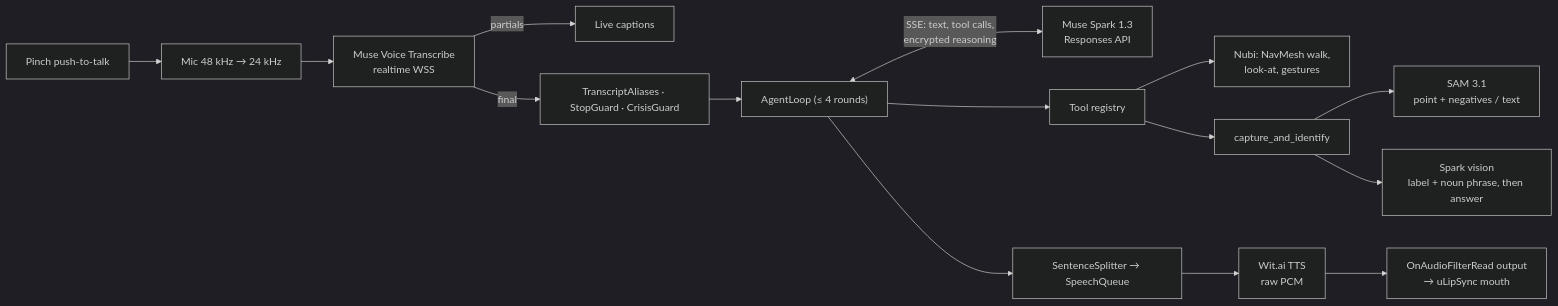
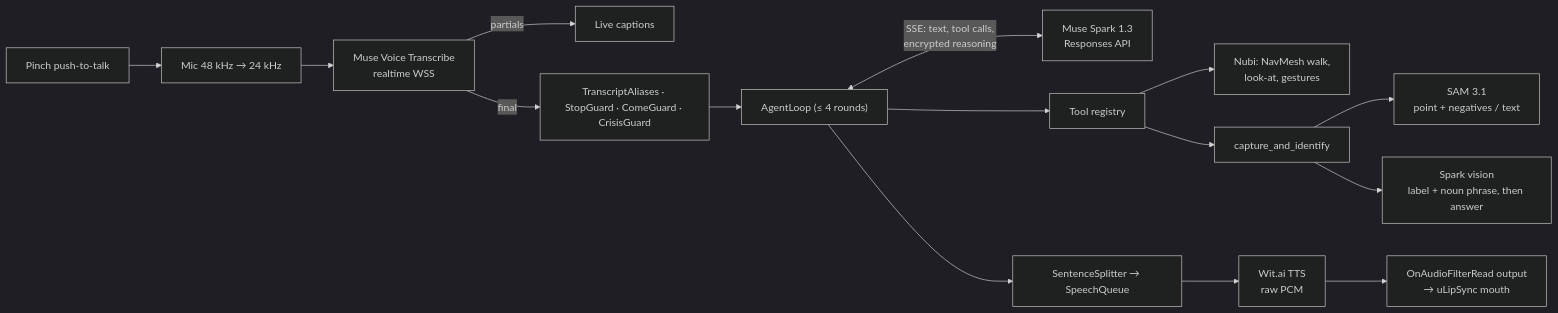
One commit to ImageekCompany/nubi-mixed-reality-ai-companion changed the first of 2 diagrams in README.md. Above: the diagram before and after it, drawn with Mermaid (dark theme). The commit also changed other lines of this file and 4 other files, not shown here.

Commit message:
docs(decisions): ADR-0036 local come-here guard and self-test reply log

````diff
--- a/README.md
+++ b/README.md
@@ -123,14 +123,14 @@
 ```mermaid
 flowchart LR
   P["Pinch push-to-talk"] --> M["Mic 48 kHz → 24 kHz"] --> A["Muse Voice Transcribe<br/>realtime WSS"]
   A -- partials --> C["Live captions"]
-  A -- final --> G["TranscriptAliases · StopGuard · CrisisGuard"]
+  A -- final --> G["TranscriptAliases · StopGuard · ComeGuard · CrisisGuard"]
   G --> L["AgentLoop (≤ 4 rounds)"]
   L <-- "SSE: text, tool calls,<br/>encrypted reasoning" --> S["Muse Spark 1.3<br/>Responses API"]
   L --> T["Tool registry"]
   T --> B["Nubi: NavMesh walk,<br/>look-at, gestures"]
   T --> V["capture_and_identify"]
   V --> SAM["SAM 3.1<br/>point + negatives / text"]
   V --> SV["Spark vision<br/>label + noun phrase, then answer"]
   L --> Q["SentenceSplitter → SpeechQueue"] --> W["Wit.ai TTS<br/>raw PCM"] --> O["OnAudioFilterRead output<br/>→ uLipSync mouth"]
 ```
````
